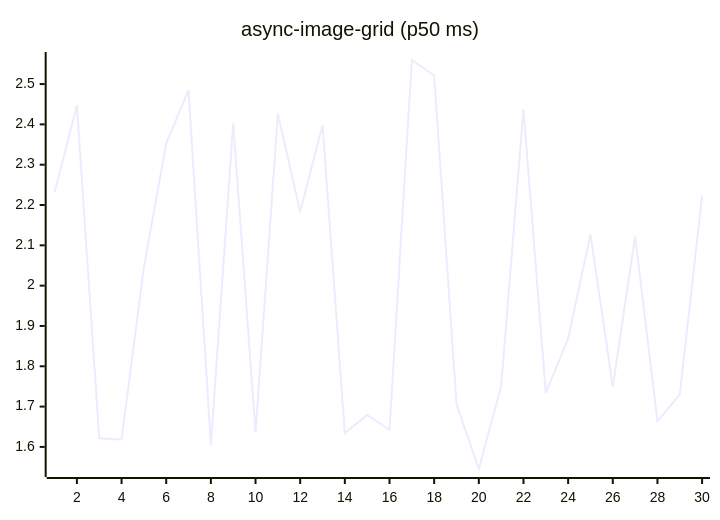
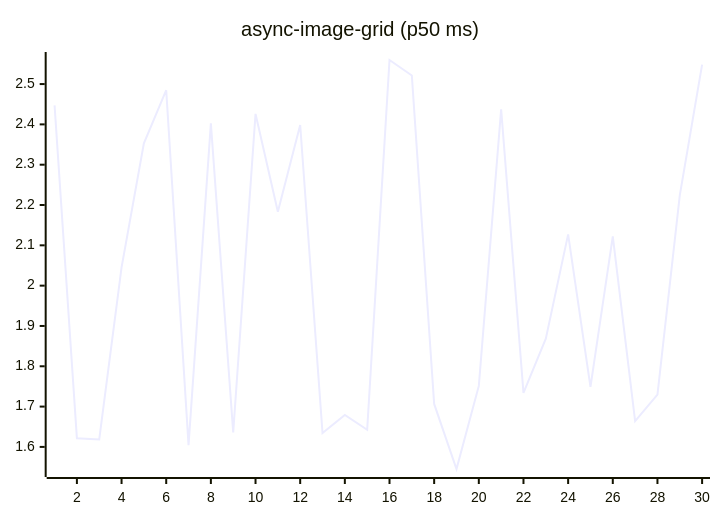
One commit to josha/Facet changed the fifth of 27 diagrams in README.md. Above: the diagram before and after it, drawn with Mermaid. The commit also changed other lines of this file and 2 other files, not shown here.

````diff
--- a/README.md
+++ b/README.md
@@ -91,6 +91,6 @@
 ```mermaid
 xychart-beta
     title "async-image-grid (p50 ms)"
     x-axis 1 --> 30
-    line [2.2308, 2.4470, 1.6216, 1.6184, 2.0452, 2.3531, 2.4847, 1.6045, 2.4025, 1.6357, 2.4260, 2.1835, 2.3985, 1.6346, 1.6792, 1.6424, 2.5597, 2.5214, 1.7066, 1.5452, 1.7512, 2.4372, 1.7341, 1.8684, 2.1272, 1.7487, 2.1221, 1.6642, 1.7295, 2.2238]
+    line [2.4470, 1.6216, 1.6184, 2.0452, 2.3531, 2.4847, 1.6045, 2.4025, 1.6357, 2.4260, 2.1835, 2.3985, 1.6346, 1.6792, 1.6424, 2.5597, 2.5214, 1.7066, 1.5452, 1.7512, 2.4372, 1.7341, 1.8684, 2.1272, 1.7487, 2.1221, 1.6642, 1.7295, 2.2238, 2.5483]
 ```
````
